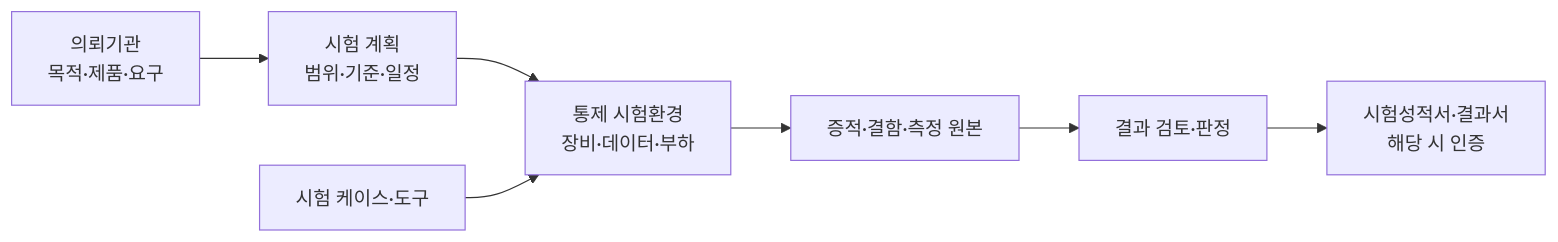
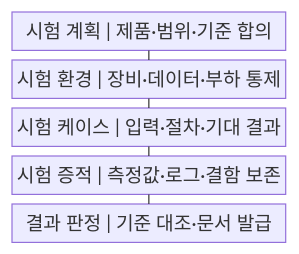
One commit to agnusdei1207/knowledge-base changed the first of 2 diagrams in src/content/docs/notes/03-software/186_tta_sw_quality_test.md. Above: the diagram before and after it, drawn with Mermaid. The commit also changed other lines of this file and 20 other files, not shown here.

````diff
--- a/src/content/docs/notes/03-software/186_tta_sw_quality_test.md
+++ b/src/content/docs/notes/03-software/186_tta_sw_quality_test.md
@@ -55,9 +49,13 @@
 ```mermaid
-flowchart LR
-    C["의뢰기관<br/>목적·제품·요구"] --> P["시험 계획<br/>범위·기준·일정"]
-    P --> E["통제 시험환경<br/>장비·데이터·부하"]
-    T["시험 케이스·도구"] --> E
-    E --> R["증적·결함·측정 원본"]
-    R --> J["결과 검토·판정"]
-    J --> O["시험성적서·결과서<br/>해당 시 인증"]
+block
+    columns 1
+    A["시험 계획 | 제품·범위·기준 합의"]
+    B["시험 환경 | 장비·데이터·부하 통제"]
+    C["시험 케이스 | 입력·절차·기대 결과"]
+    D["시험 증적 | 측정값·로그·결함 보존"]
+    E["결과 판정 | 기준 대조·문서 발급"]
+    A --- B
+    B --- C
+    C --- D
+    D --- E
 ```
````
